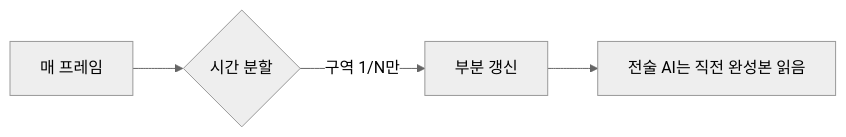
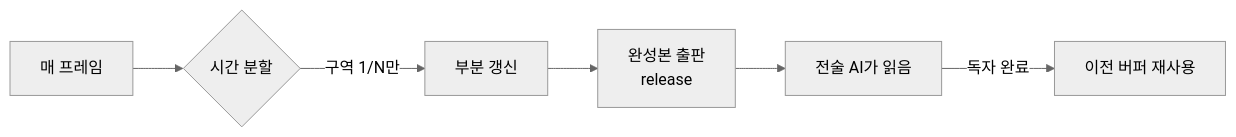
The fifth of 5 diagrams in ai/part09_influence_map.md (Rein-ArXiv/game-dev-curriculum), drawn with Mermaid (neutral theme) before and after one commit. The commit also changed other lines of this file and 279 other files, not shown here.

````diff
--- a/ai/part09_influence_map.md
+++ b/ai/part09_influence_map.md
@@ -502,6 +508,8 @@
 ```mermaid
 flowchart LR
     Frame[매 프레임] --> Slice{시간 분할}
     Slice -->|구역 1/N만| Update[부분 갱신]
-    Update --> Read[전술 AI는 직전 완성본 읽음]
+    Update --> Publish[완성본 출판<br/>release]
+    Publish --> Read[전술 AI가 읽음]
+    Read -->|독자 완료| Reuse[이전 버퍼 재사용]
 ```
````
